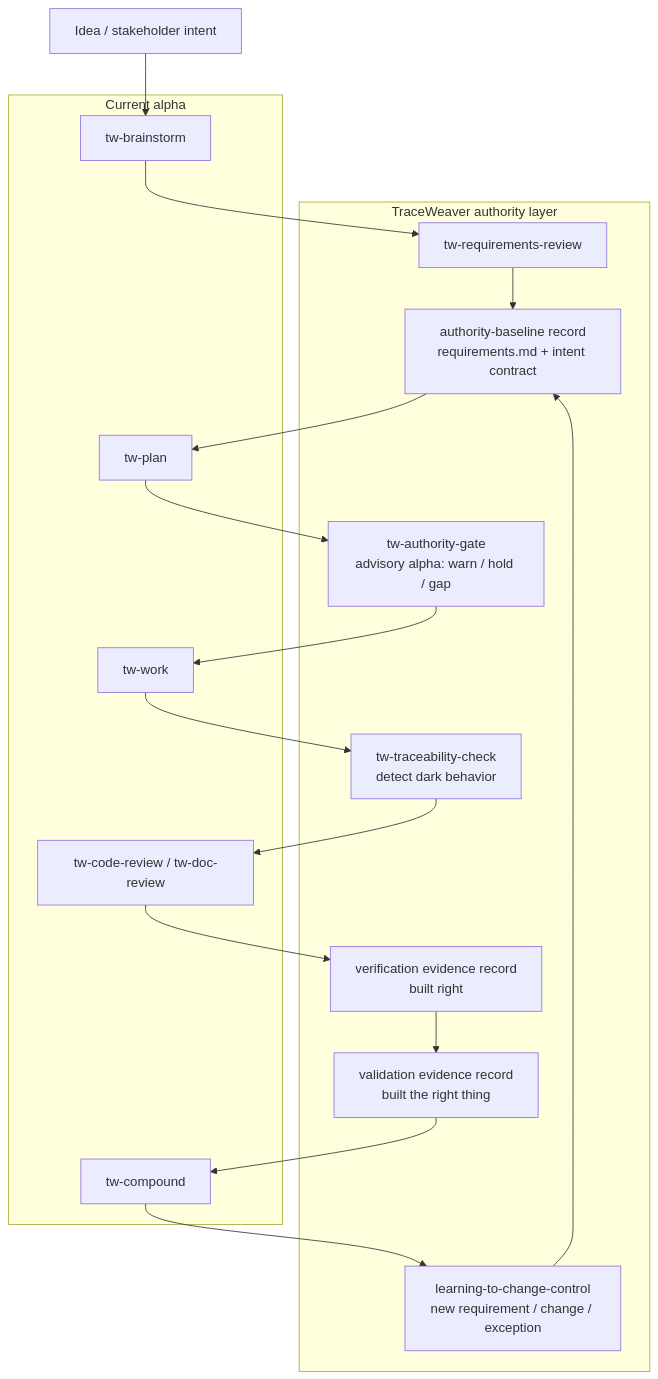
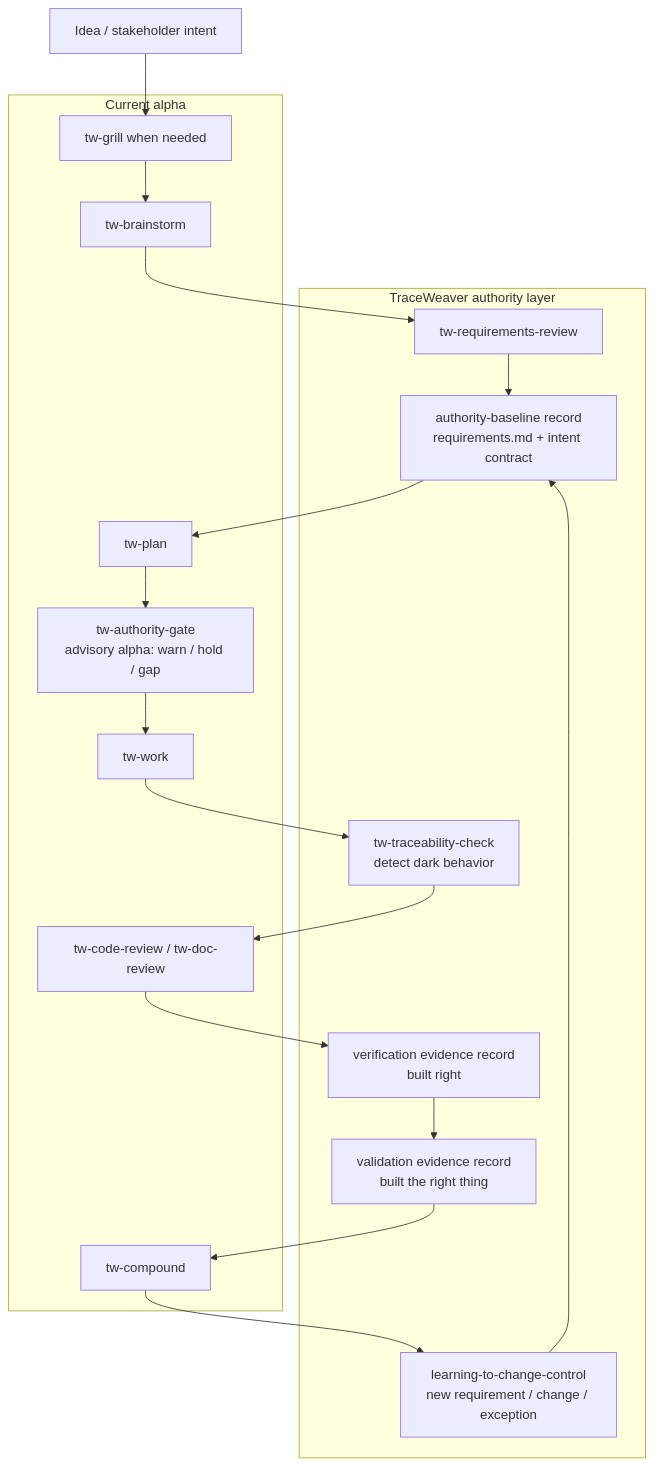
Before and after one commit to Oxiom-Systems/traceweaver: the diagram in README.md, drawn with Mermaid. The commit also changed other lines of this file, not shown here.

````diff
--- a/README.md
+++ b/README.md
@@ -406,34 +674,36 @@
 ```mermaid
 flowchart TD
-  A["Idea / stakeholder intent"] --> B["tw-brainstorm"]
-  B --> C["tw-requirements-review"]
-  C --> D["authority-baseline record<br/>requirements.md + intent contract"]
-  D --> E["tw-plan"]
-  E --> F["tw-authority-gate<br/>advisory alpha: warn / hold / gap"]
-  F --> G["tw-work"]
-  G --> H["tw-traceability-check<br/>detect dark behavior"]
-  H --> I["tw-code-review / tw-doc-review"]
-  I --> J["verification evidence record<br/>built right"]
-  J --> K["validation evidence record<br/>built the right thing"]
-  K --> L["tw-compound"]
-  L --> M["learning-to-change-control<br/>new requirement / change / exception"]
-  M --> D
+  A["Idea / stakeholder intent"] --> B["tw-grill when needed"]
+  B --> C["tw-brainstorm"]
+  C --> D["tw-requirements-review"]
+  D --> E["authority-baseline record<br/>requirements.md + intent contract"]
+  E --> F["tw-plan"]
+  F --> G["tw-authority-gate<br/>advisory alpha: warn / hold / gap"]
+  G --> H["tw-work"]
+  H --> I["tw-traceability-check<br/>detect dark behavior"]
+  I --> J["tw-code-review / tw-doc-review"]
+  J --> K["verification evidence record<br/>built right"]
+  K --> L["validation evidence record<br/>built the right thing"]
+  L --> M["tw-compound"]
+  M --> N["learning-to-change-control<br/>new requirement / change / exception"]
+  N --> E
 
   subgraph "Current alpha"
     B
-    E
+    C
+    F
     G
-    I
-    L
+    H
+    J
+    M
   end
 
   subgraph "TraceWeaver authority layer"
-    C
     D
-    F
-    H
-    J
+    E
+    I
     K
-    M
+    L
+    N
   end
 ```
````
